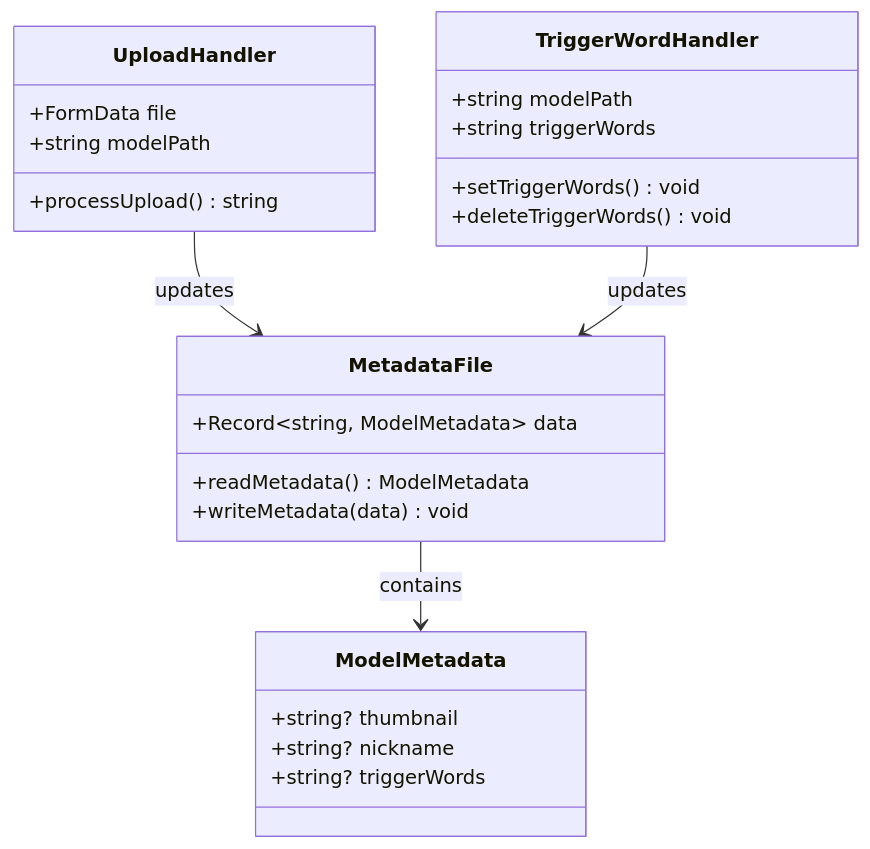
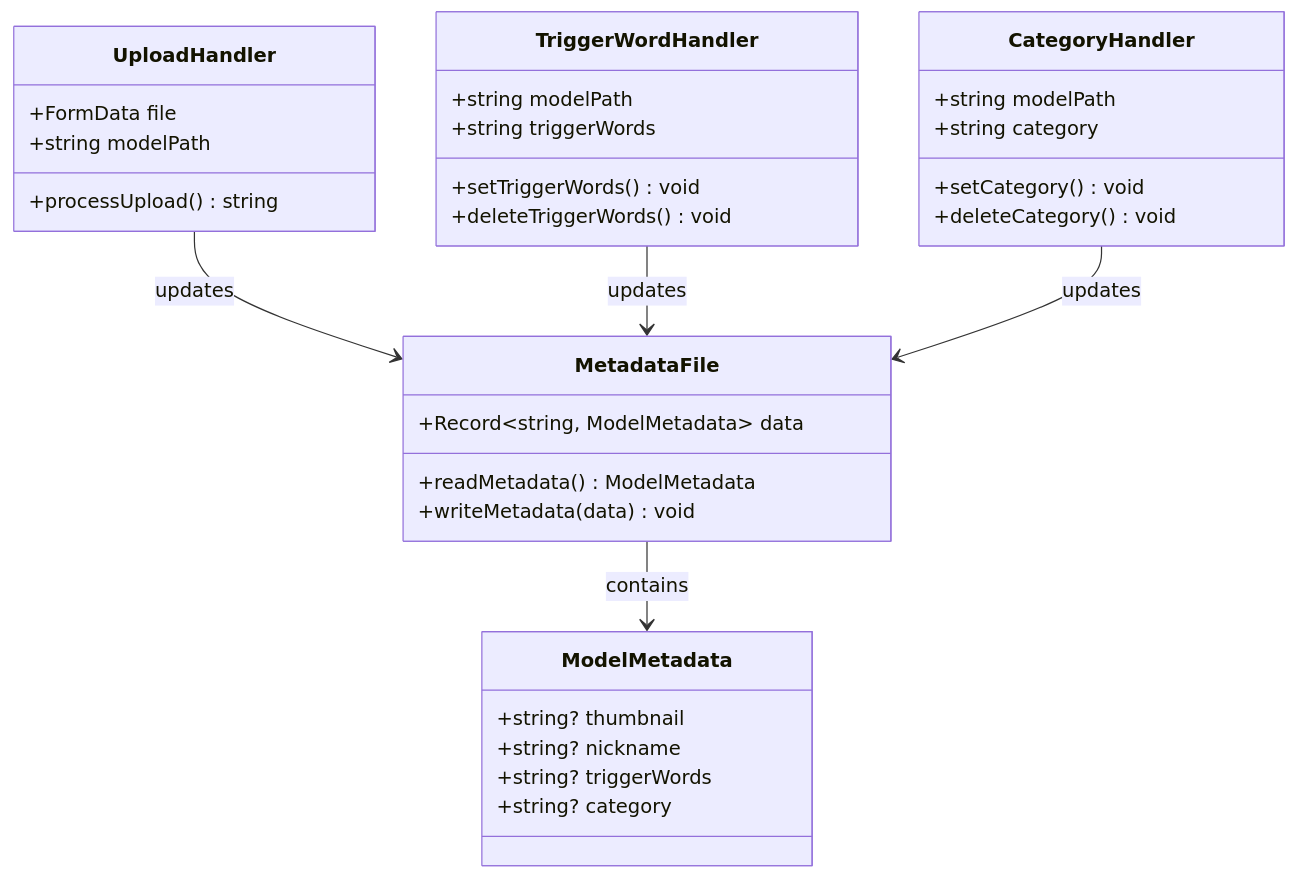
One commit to billye220670/CorineKit_Pix2Real changed the third of 14 diagrams in .qoder/repowiki/zh/content/前端应用/模型元数据管理.md. Above: the diagram before and after it, drawn with Mermaid. The commit also changed other lines of this file and 11 other files, not shown here.

````diff
--- a/.qoder/repowiki/zh/content/前端应用/模型元数据管理.md
+++ b/.qoder/repowiki/zh/content/前端应用/模型元数据管理.md
@@ -145,27 +156,35 @@
 ```mermaid
 classDiagram
 class ModelMetadata {
 +string? thumbnail
 +string? nickname
 +string? triggerWords
++string? category
 }
 class MetadataFile {
 +Record~string, ModelMetadata~ data
 +readMetadata() ModelMetadata
 +writeMetadata(data) void
 }
 class UploadHandler {
 +FormData file
 +string modelPath
 +processUpload() string
 }
 class TriggerWordHandler {
 +string modelPath
 +string triggerWords
 +setTriggerWords() void
 +deleteTriggerWords() void
 }
+class CategoryHandler {
++string modelPath
++string category
++setCategory() void
++deleteCategory() void
+}
 MetadataFile --> ModelMetadata : contains
 UploadHandler --> MetadataFile : updates
 TriggerWordHandler --> MetadataFile : updates
+CategoryHandler --> MetadataFile : updates
 ```
````
